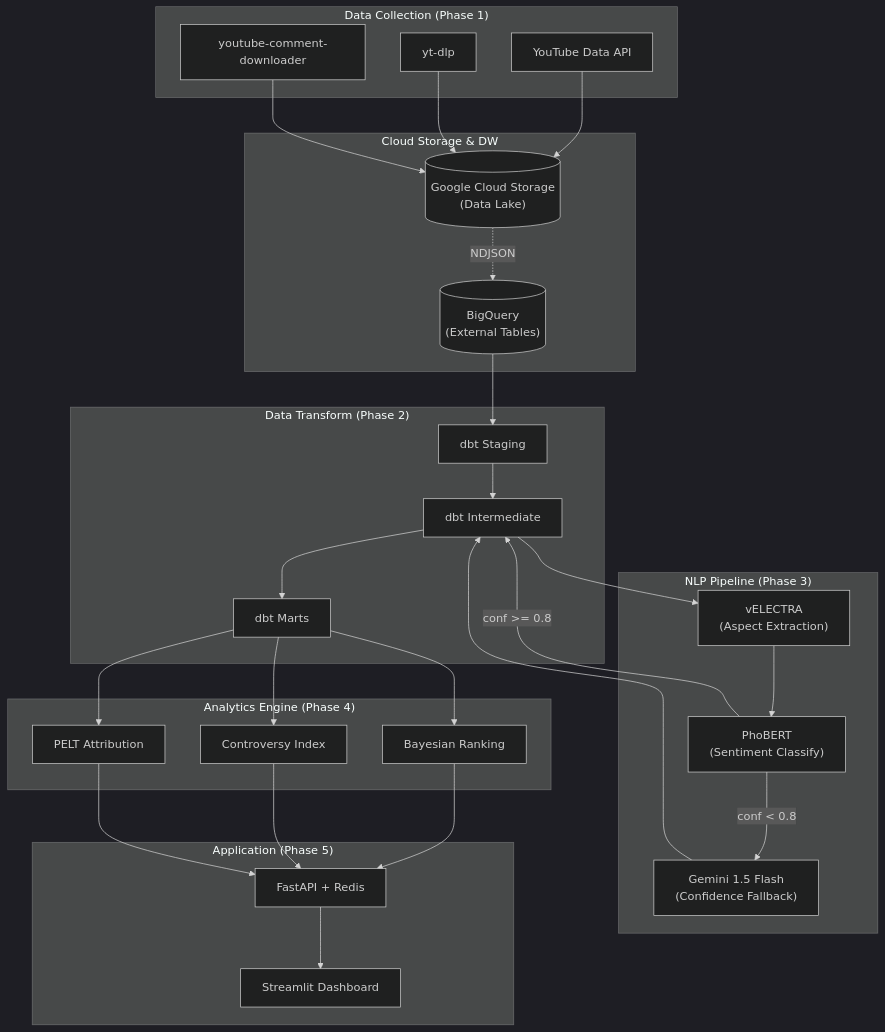
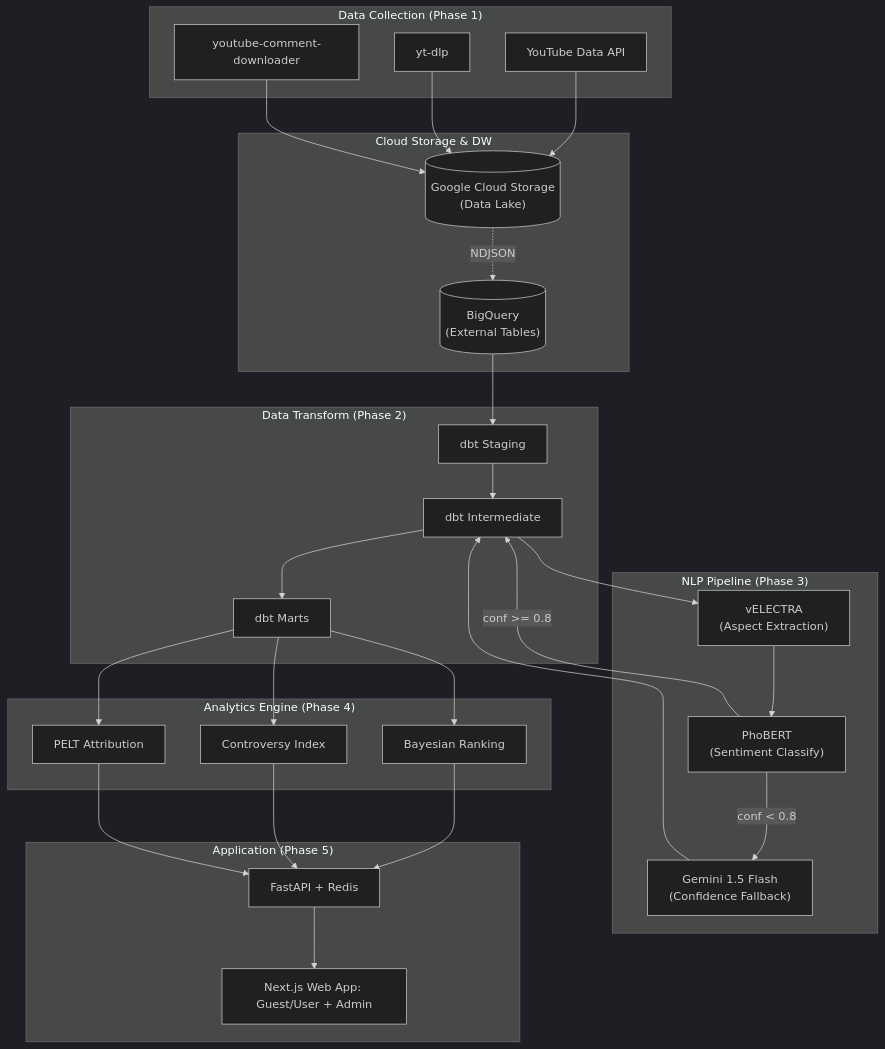
Before and after one commit to Kama-khoa/Social_media_sentiment_pipeline: the first of 3 diagrams in README.md, drawn with Mermaid (dark theme). The commit also changed other lines of this file and 59 other files, not shown here.

````diff
--- a/README.md
+++ b/README.md
@@ -22,56 +22,56 @@
 ```mermaid
 graph TD
     subgraph Data_Collection ["Data Collection (Phase 1)"]
         A1[YouTube Data API]
         A2[yt-dlp]
         A3[youtube-comment-downloader]
     end
 
     subgraph Storage ["Cloud Storage & DW"]
         B1[("Google Cloud Storage<br>(Data Lake)")]
         B2[("BigQuery<br>(External Tables)")]
     end
 
     subgraph Transformation ["Data Transform (Phase 2)"]
         C1[dbt Staging]
         C2[dbt Intermediate]
         C3[dbt Marts]
     end
 
     subgraph NLP ["NLP Pipeline (Phase 3)"]
         D1["vELECTRA<br>(Aspect Extraction)"]
         D2["PhoBERT<br>(Sentiment Classify)"]
         D3["Gemini 1.5 Flash<br>(Confidence Fallback)"]
     end
 
     subgraph Analytics ["Analytics Engine (Phase 4)"]
         E1[Bayesian Ranking]
         E2[Controversy Index]
         E3[PELT Attribution]
     end
 
     subgraph Application ["Application (Phase 5)"]
         F1[FastAPI + Redis]
-        F2[Streamlit Dashboard]
+        F2[Next.js Web App: Guest/User + Admin]
     end
 
     A1 --> B1
     A2 --> B1
     A3 --> B1
     B1 -. "NDJSON" .-> B2
     B2 --> C1
     C1 --> C2
     C2 --> D1
     D1 --> D2
     D2 -- "conf < 0.8" --> D3
     D2 -- "conf >= 0.8" --> C2
     D3 --> C2
     C2 --> C3
     C3 --> E1
     C3 --> E2
     C3 --> E3
     E1 --> F1
     E2 --> F1
     E3 --> F1
     F1 --> F2
 ```
````
